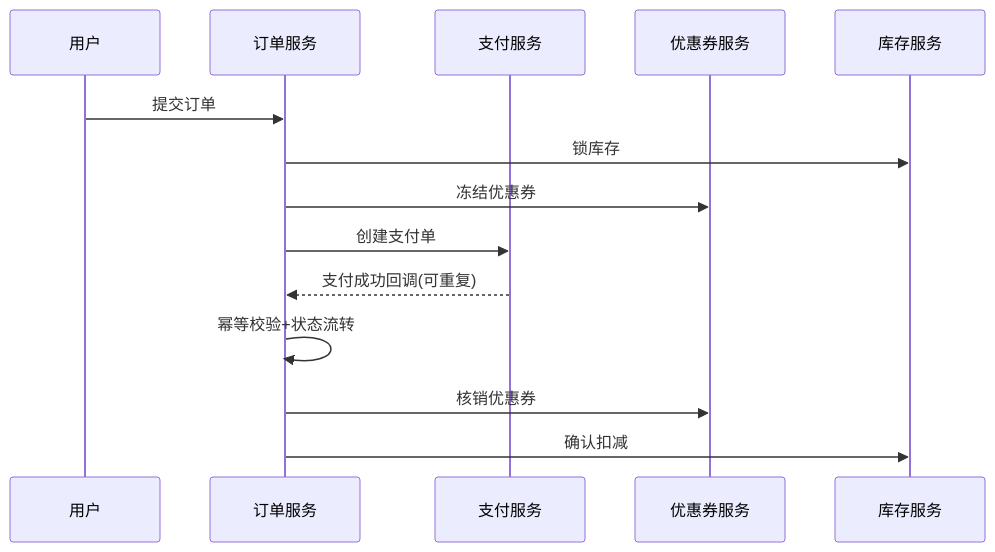
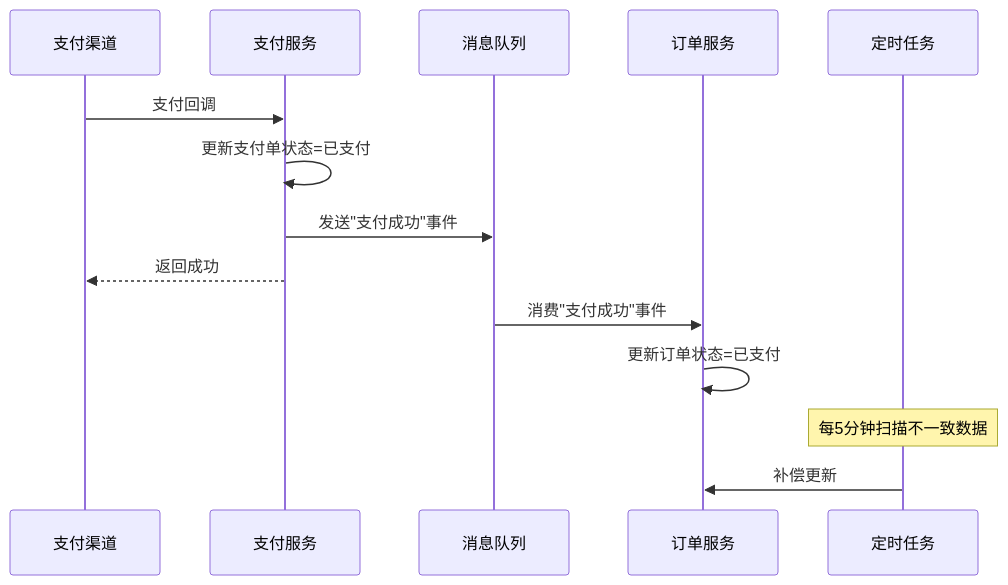
Before and after one commit to samz406/Software-Architecture-for-Engineers: the diagram in chapters/chapter-12.md, drawn with Mermaid. The commit also changed other lines of this file and 36 other files, not shown here.

````diff
--- a/chapters/chapter-12.md
+++ b/chapters/chapter-12.md
@@ -75,17 +271,17 @@
 ```mermaid
 sequenceDiagram
-    participant U as 用户
-    participant O as 订单服务
-    participant P as 支付服务
-    participant C as 优惠券服务
-    participant I as 库存服务
+    participant 支付渠道
+    participant 支付服务
+    participant 消息队列
+    participant 订单服务
+    participant 定时任务
 
-    U->>O: 提交订单
-    O->>I: 锁库存
-    O->>C: 冻结优惠券
-    O->>P: 创建支付单
-    P-->>O: 支付成功回调(可重复)
-    O->>O: 幂等校验+状态流转
-    O->>C: 核销优惠券
-    O->>I: 确认扣减
+    支付渠道->>支付服务: 支付回调
+    支付服务->>支付服务: 更新支付单状态=已支付
+    支付服务->>消息队列: 发送"支付成功"事件
+    支付服务-->>支付渠道: 返回成功
+    消息队列->>订单服务: 消费"支付成功"事件
+    订单服务->>订单服务: 更新订单状态=已支付
+    Note over 定时任务: 每5分钟扫描不一致数据
+    定时任务->>订单服务: 补偿更新
 ```
````
